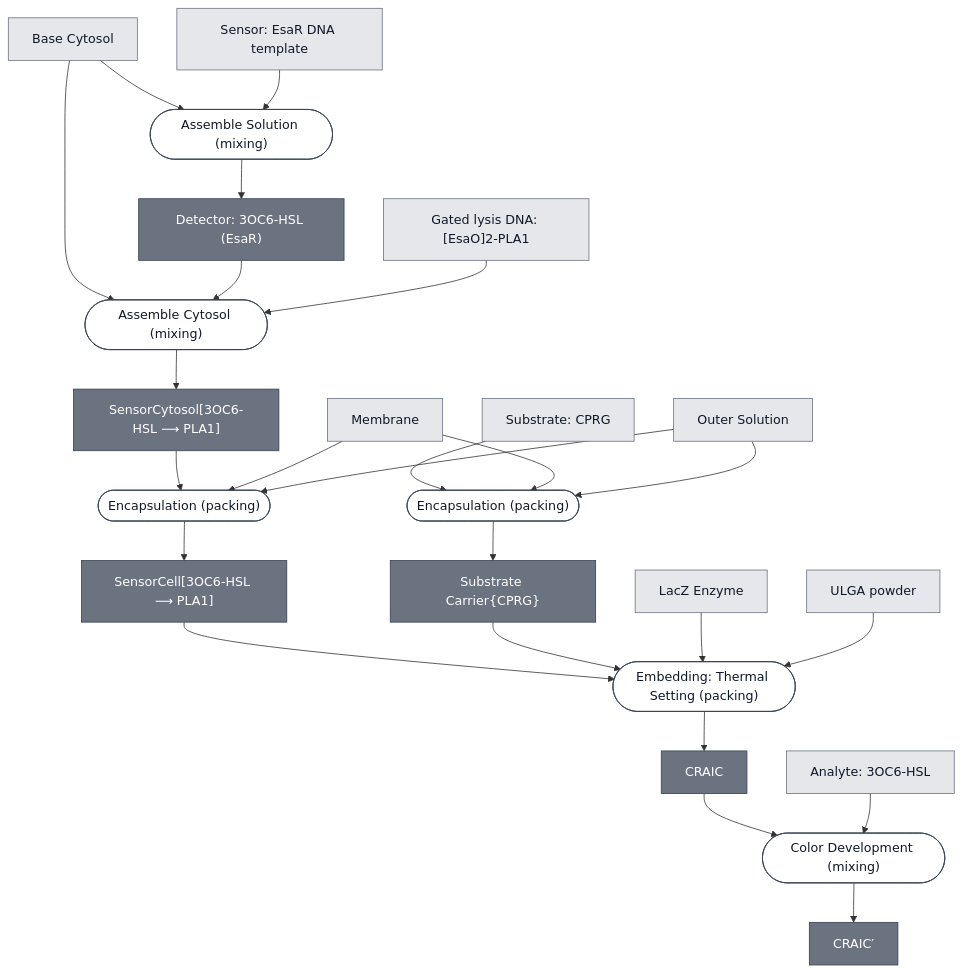
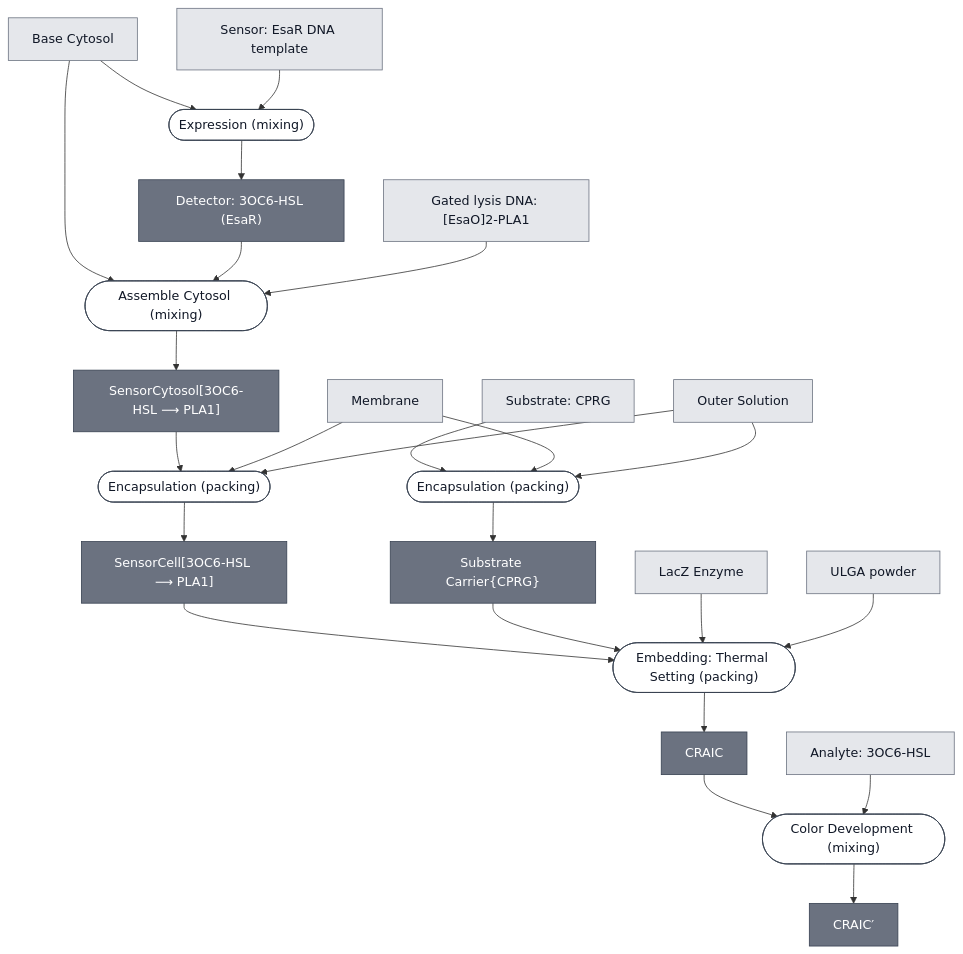
One commit to nucleus-eng/nucleus-docs changed the diagram in docs/modules/craic-cascade/spec.md. Above: the diagram before and after it, drawn with Mermaid. The commit also changed 18 other files, not shown here.

````diff
--- a/docs/modules/craic-cascade/spec.md
+++ b/docs/modules/craic-cascade/spec.md
@@ -35,77 +35,77 @@
 ```mermaid
 flowchart TD
     BASE_CYTOSOL["Base Cytosol"]
     ESAR_DNA["Sensor: EsaR DNA template"]
     EFFECTOR_PLA1_ESAO["Gated lysis DNA: [EsaO]2-PLA1"]
     MEMBRANE_CRAIC["Membrane"]
     OUTER_SOLUTION["Outer Solution"]
     SUBSTRATE_CPRG["Substrate: CPRG"]
     REPORTER_LACZ_ENZYME["LacZ Enzyme"]
     ULGA_POWDER["ULGA powder"]
     ANALYTE_3OC6_HSL["Analyte: 3OC6-HSL"]
 
-    P1_EXPRESS_REPRESSOR_0(["Assemble Solution (mixing)"])
+    P1_EXPRESS_REPRESSOR_0(["Expression (mixing)"])
     DETECTOR_ESAR["Detector: 3OC6-HSL (EsaR)"]
     P2_ASSEMBLE_CYTOSOL_0(["Assemble Cytosol (mixing)"])
     CRAIC_SENSOR_CYTOSOL["SensorCytosol[3OC6-HSL ⟶ PLA1]"]
     P3_ENCAPSULATE_SENSING_0(["Encapsulation (packing)"])
     CRAIC_SENSING_CELL["SensorCell[3OC6-HSL ⟶ PLA1]"]
     P4_ENCAPSULATE_SUBSTRATE_0(["Encapsulation (packing)"])
     CRAIC_SUBSTRATE_CARRIER["Substrate Carrier{CPRG}"]
     P5_EMBED_ULGA_0(["Embedding: Thermal Setting (packing)"])
     CRAIC_CASCADE["CRAIC"]
     P6_DEVELOP_0(["Color Development (mixing)"])
     CRAIC_CASCADE_DEVELOPED["CRAIC′"]
 
     BASE_CYTOSOL --> P1_EXPRESS_REPRESSOR_0
     ESAR_DNA --> P1_EXPRESS_REPRESSOR_0
     P1_EXPRESS_REPRESSOR_0 --> DETECTOR_ESAR
 
     BASE_CYTOSOL --> P2_ASSEMBLE_CYTOSOL_0
     DETECTOR_ESAR --> P2_ASSEMBLE_CYTOSOL_0
     EFFECTOR_PLA1_ESAO --> P2_ASSEMBLE_CYTOSOL_0
     P2_ASSEMBLE_CYTOSOL_0 --> CRAIC_SENSOR_CYTOSOL
 
     CRAIC_SENSOR_CYTOSOL --> P3_ENCAPSULATE_SENSING_0
     MEMBRANE_CRAIC --> P3_ENCAPSULATE_SENSING_0
     OUTER_SOLUTION --> P3_ENCAPSULATE_SENSING_0
     P3_ENCAPSULATE_SENSING_0 --> CRAIC_SENSING_CELL
 
     SUBSTRATE_CPRG --> P4_ENCAPSULATE_SUBSTRATE_0
     MEMBRANE_CRAIC --> P4_ENCAPSULATE_SUBSTRATE_0
     OUTER_SOLUTION --> P4_ENCAPSULATE_SUBSTRATE_0
     P4_ENCAPSULATE_SUBSTRATE_0 --> CRAIC_SUBSTRATE_CARRIER
 
     CRAIC_SENSING_CELL --> P5_EMBED_ULGA_0
     CRAIC_SUBSTRATE_CARRIER --> P5_EMBED_ULGA_0
     REPORTER_LACZ_ENZYME --> P5_EMBED_ULGA_0
     ULGA_POWDER --> P5_EMBED_ULGA_0
     P5_EMBED_ULGA_0 --> CRAIC_CASCADE
 
     CRAIC_CASCADE --> P6_DEVELOP_0
     ANALYTE_3OC6_HSL --> P6_DEVELOP_0
     P6_DEVELOP_0 --> CRAIC_CASCADE_DEVELOPED
 
 
     classDef leaf     fill:#e5e7eb,stroke:#6b7280,color:#111827;
     classDef composed fill:#6b7280,stroke:#374151,color:#ffffff;
     classDef process  fill:#ffffff,stroke:#374151,color:#111827;
     class BASE_CYTOSOL,ESAR_DNA,EFFECTOR_PLA1_ESAO,MEMBRANE_CRAIC,OUTER_SOLUTION,SUBSTRATE_CPRG,REPORTER_LACZ_ENZYME,ULGA_POWDER,ANALYTE_3OC6_HSL leaf;
     class DETECTOR_ESAR,CRAIC_SENSOR_CYTOSOL,CRAIC_SENSING_CELL,CRAIC_SUBSTRATE_CARRIER,CRAIC_CASCADE,CRAIC_CASCADE_DEVELOPED composed;
     class P1_EXPRESS_REPRESSOR_0,P2_ASSEMBLE_CYTOSOL_0,P3_ENCAPSULATE_SENSING_0,P4_ENCAPSULATE_SUBSTRATE_0,P5_EMBED_ULGA_0,P6_DEVELOP_0 process;
 
     click BASE_CYTOSOL "/docs/modules/base-cytosol/spec"
     click OUTER_SOLUTION "/docs/modules/outer-solution/spec"
     click SUBSTRATE_CPRG "/docs/modules/substrate-cprg/spec"
     click REPORTER_LACZ_ENZYME "/docs/modules/reporter-lacz-enzyme/spec"
     click ULGA_POWDER "/docs/modules/gel-ulga/spec"
     click ANALYTE_3OC6_HSL "/docs/modules/analyte-3oc6-hsl/spec"
-    click P1_EXPRESS_REPRESSOR_0 "/docs/processes/assemble-cytosol/assemble-cytosol-main"
+    click P1_EXPRESS_REPRESSOR_0 "/docs/processes/express/main"
     click DETECTOR_ESAR "/docs/modules/detector-esar/spec"
     click P2_ASSEMBLE_CYTOSOL_0 "/docs/processes/assemble-cytosol/assemble-cytosol-main"
     click P3_ENCAPSULATE_SENSING_0 "/docs/processes/encapsulate/main"
     click P4_ENCAPSULATE_SUBSTRATE_0 "/docs/processes/encapsulate/main"
     click P5_EMBED_ULGA_0 "/docs/processes/embed-thermal-setting/main"
     click CRAIC_CASCADE "/docs/modules/craic-cascade/spec"
     click P6_DEVELOP_0 "/docs/processes/color-development/main"
 ```
````
